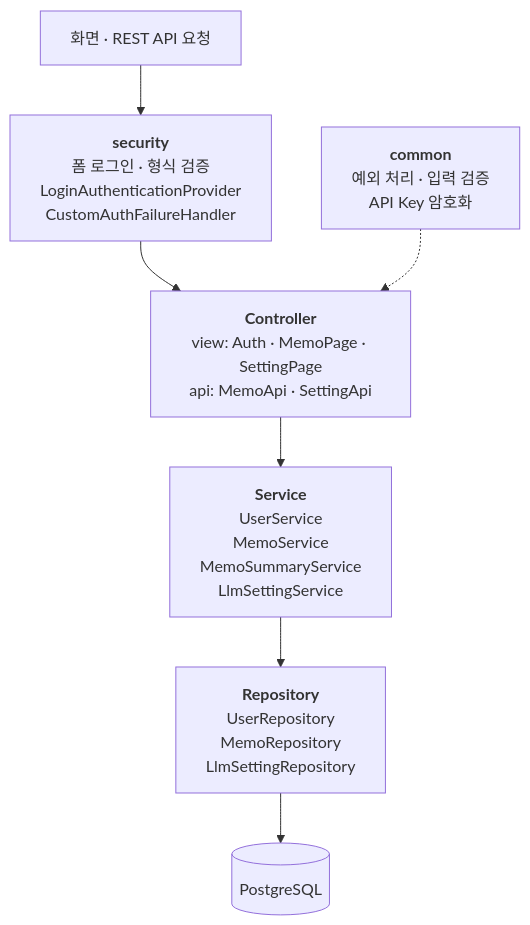
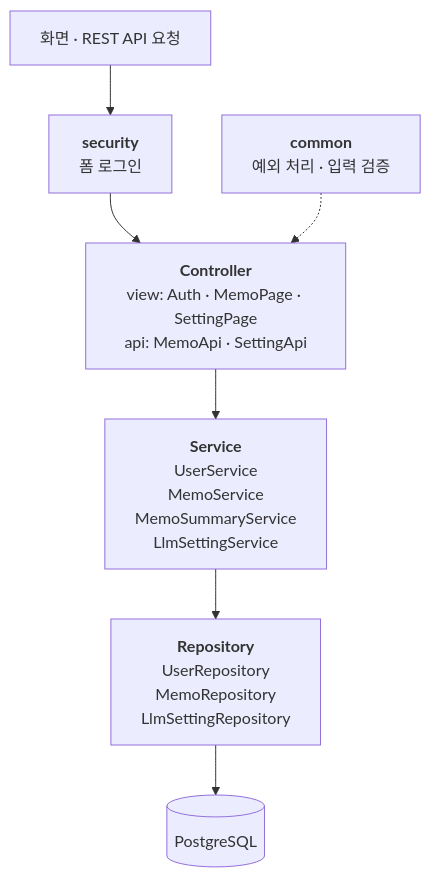
Before and after one commit to Hasegos/coding-test-project: the first of 4 diagrams in README.md, drawn with Mermaid. The commit also changed other lines of this file, not shown here.

````diff
--- a/README.md
+++ b/README.md
@@ -181,13 +154,13 @@
 ```mermaid
 flowchart TB
     P["화면 · REST API 요청"]
-    SEC["<b>security</b><br/>폼 로그인 · 형식 검증<br/>LoginAuthenticationProvider<br/>CustomAuthFailureHandler"]
+    SEC["<b>security</b><br/>폼 로그인"]
     C["<b>Controller</b><br/>view: Auth · MemoPage · SettingPage<br/>api: MemoApi · SettingApi"]
     S["<b>Service</b><br/>UserService<br/>MemoService<br/>MemoSummaryService<br/>LlmSettingService"]
     R["<b>Repository</b><br/>UserRepository<br/>MemoRepository<br/>LlmSettingRepository"]
     DB[("PostgreSQL")]
-    X["<b>common</b><br/>예외 처리 · 입력 검증<br/>API Key 암호화"]
+    X["<b>common</b><br/>예외 처리 · 입력 검증"]
 
     P --> SEC --> C --> S --> R --> DB
     X -.-> C
 ```
````
